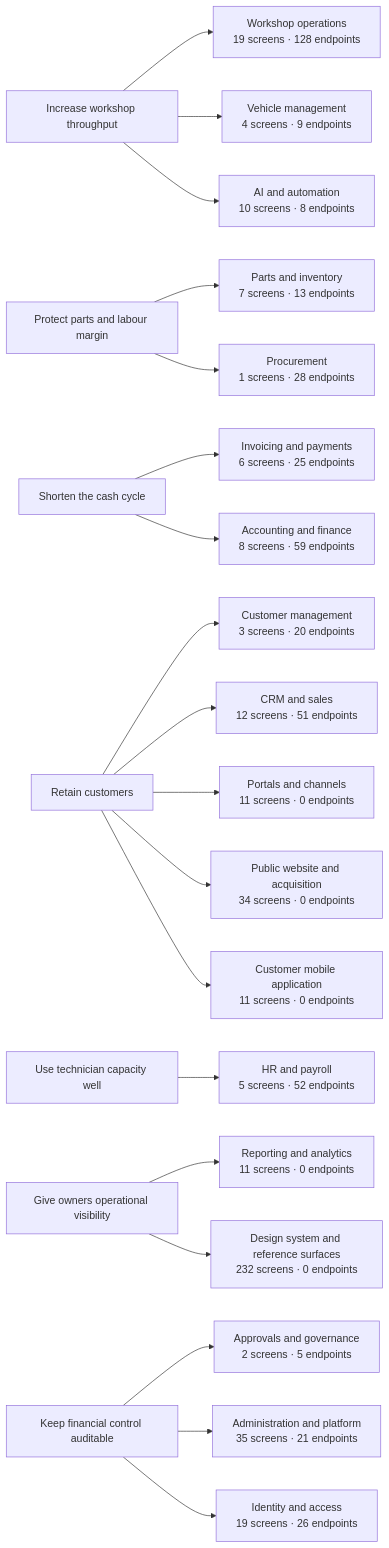
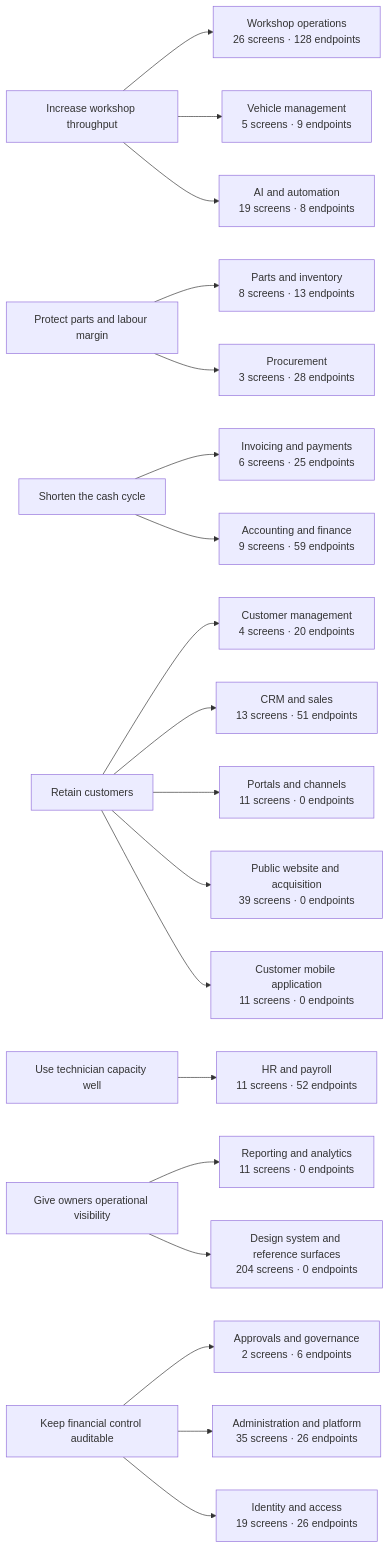
The diagram in docs/07_BUSINESS_ANALYSIS/BUSINESS_CAPABILITY_MAP.md (tazamohd/SlClNe), drawn with Mermaid before and after one commit. The commit also changed other lines of this file and 29 other files, not shown here.

````diff
--- a/docs/07_BUSINESS_ANALYSIS/BUSINESS_CAPABILITY_MAP.md
+++ b/docs/07_BUSINESS_ANALYSIS/BUSINESS_CAPABILITY_MAP.md
@@ -22,46 +22,46 @@
 ```mermaid
 flowchart LR
   OBJ_THROUGHPUT["Increase workshop throughput"]
   OBJ_MARGIN["Protect parts and labour margin"]
   OBJ_CASH["Shorten the cash cycle"]
   OBJ_RETENTION["Retain customers"]
   OBJ_CAPACITY["Use technician capacity well"]
   OBJ_VISIBILITY["Give owners operational visibility"]
   OBJ_CONTROL["Keep financial control auditable"]
-  CAP_WORKSHOP["Workshop operations<br/>19 screens · 128 endpoints"]
+  CAP_WORKSHOP["Workshop operations<br/>26 screens · 128 endpoints"]
   OBJ_THROUGHPUT --> CAP_WORKSHOP
-  CAP_CUSTOMERS["Customer management<br/>3 screens · 20 endpoints"]
+  CAP_CUSTOMERS["Customer management<br/>4 screens · 20 endpoints"]
   OBJ_RETENTION --> CAP_CUSTOMERS
-  CAP_VEHICLES["Vehicle management<br/>4 screens · 9 endpoints"]
+  CAP_VEHICLES["Vehicle management<br/>5 screens · 9 endpoints"]
   OBJ_THROUGHPUT --> CAP_VEHICLES
-  CAP_INVENTORY["Parts and inventory<br/>7 screens · 13 endpoints"]
+  CAP_INVENTORY["Parts and inventory<br/>8 screens · 13 endpoints"]
   OBJ_MARGIN --> CAP_INVENTORY
-  CAP_PROCUREMENT["Procurement<br/>1 screens · 28 endpoints"]
+  CAP_PROCUREMENT["Procurement<br/>3 screens · 28 endpoints"]
   OBJ_MARGIN --> CAP_PROCUREMENT
   CAP_BILLING["Invoicing and payments<br/>6 screens · 25 endpoints"]
   OBJ_CASH --> CAP_BILLING
-  CAP_ACCOUNTING["Accounting and finance<br/>8 screens · 59 endpoints"]
+  CAP_ACCOUNTING["Accounting and finance<br/>9 screens · 59 endpoints"]
   OBJ_CASH --> CAP_ACCOUNTING
-  CAP_HR["HR and payroll<br/>5 screens · 52 endpoints"]
+  CAP_HR["HR and payroll<br/>11 screens · 52 endpoints"]
   OBJ_CAPACITY --> CAP_HR
-  CAP_CRM["CRM and sales<br/>12 screens · 51 endpoints"]
+  CAP_CRM["CRM and sales<br/>13 screens · 51 endpoints"]
   OBJ_RETENTION --> CAP_CRM
   CAP_REPORTING["Reporting and analytics<br/>11 screens · 0 endpoints"]
   OBJ_VISIBILITY --> CAP_REPORTING
-  CAP_GOVERNANCE["Approvals and governance<br/>2 screens · 5 endpoints"]
+  CAP_GOVERNANCE["Approvals and governance<br/>2 screens · 6 endpoints"]
   OBJ_CONTROL --> CAP_GOVERNANCE
   CAP_PORTALS["Portals and channels<br/>11 screens · 0 endpoints"]
   OBJ_RETENTION --> CAP_PORTALS
-  CAP_AI["AI and automation<br/>10 screens · 8 endpoints"]
+  CAP_AI["AI and automation<br/>19 screens · 8 endpoints"]
   OBJ_THROUGHPUT --> CAP_AI
-  CAP_PLATFORM["Administration and platform<br/>35 screens · 21 endpoints"]
+  CAP_PLATFORM["Administration and platform<br/>35 screens · 26 endpoints"]
   OBJ_CONTROL --> CAP_PLATFORM
   CAP_IDENTITY["Identity and access<br/>19 screens · 26 endpoints"]
   OBJ_CONTROL --> CAP_IDENTITY
-  CAP_WEBSITE["Public website and acquisition<br/>34 screens · 0 endpoints"]
+  CAP_WEBSITE["Public website and acquisition<br/>39 screens · 0 endpoints"]
   OBJ_RETENTION --> CAP_WEBSITE
   CAP_CUSTOMERAPP["Customer mobile application<br/>11 screens · 0 endpoints"]
   OBJ_RETENTION --> CAP_CUSTOMERAPP
-  CAP_DESIGNSYSTEM["Design system and reference surfaces<br/>232 screens · 0 endpoints"]
+  CAP_DESIGNSYSTEM["Design system and reference surfaces<br/>204 screens · 0 endpoints"]
   OBJ_VISIBILITY --> CAP_DESIGNSYSTEM
 ```
````
